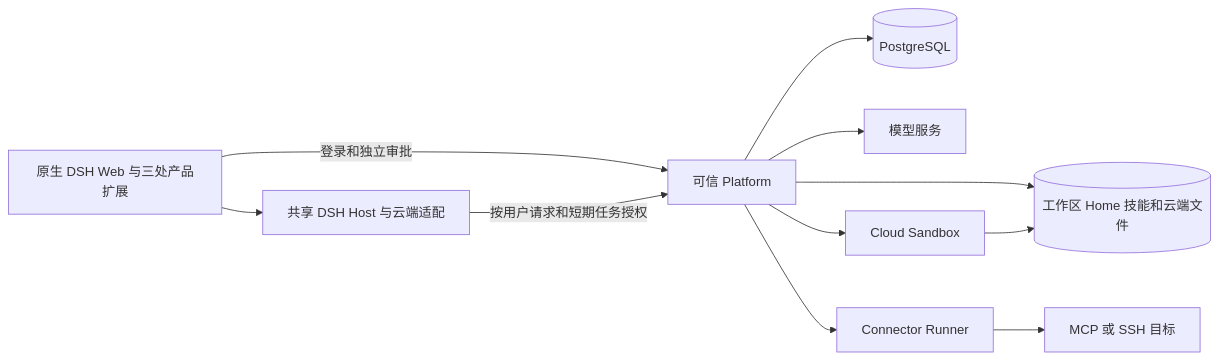
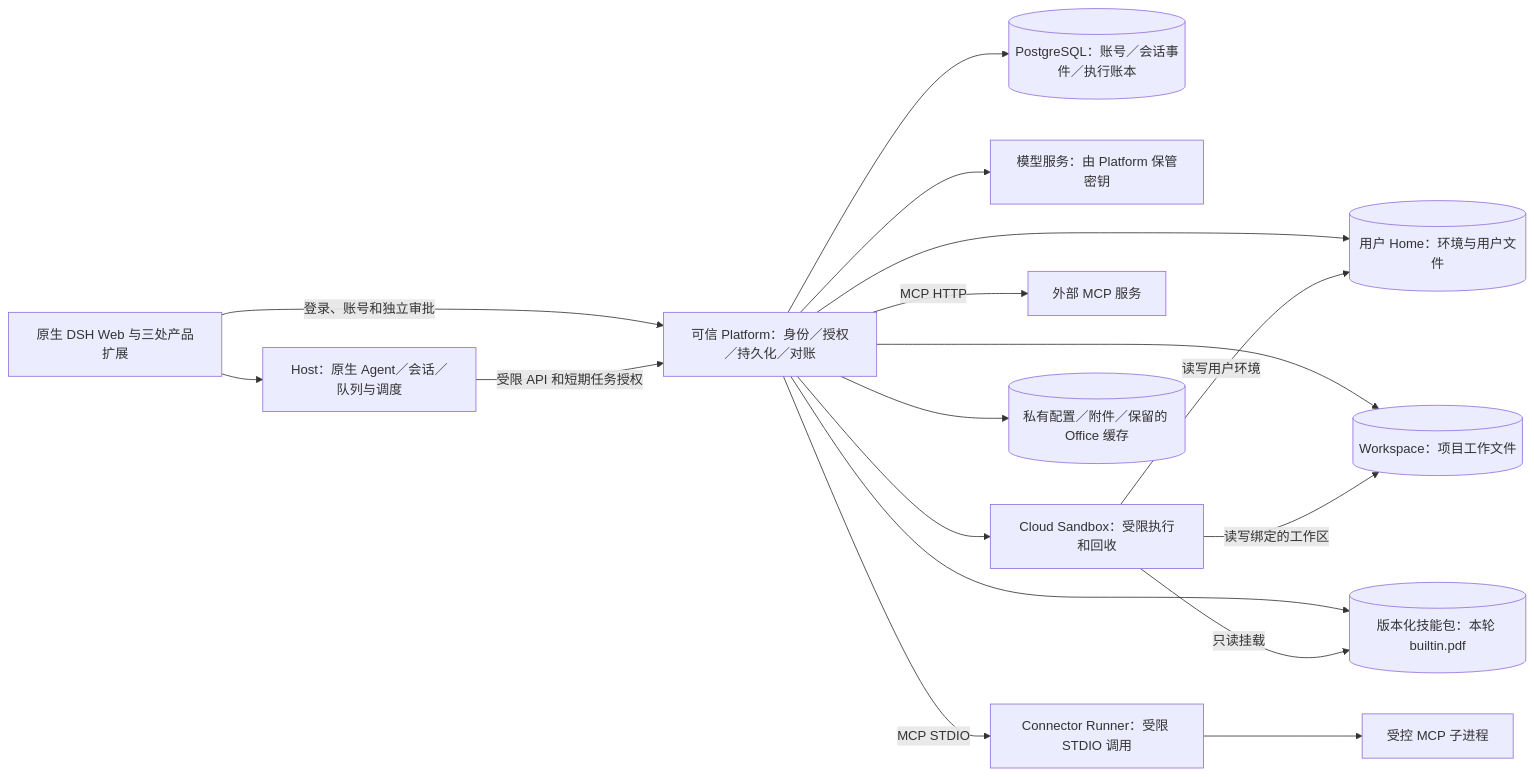
Before and after one commit to naturalnum/deepseek-harness: the diagram in products/power-evolve/CLOUD-MIGRATION-PLAN.md, drawn with Mermaid. The commit also changed other lines of this file and 2 other files, not shown here.

Commit message:
docs(power-evolve): record fixed core image and current delivery scope

````diff
--- a/products/power-evolve/CLOUD-MIGRATION-PLAN.md
+++ b/products/power-evolve/CLOUD-MIGRATION-PLAN.md
@@ -61,13 +63,19 @@
 ```mermaid
 flowchart LR
-  W[原生 DSH Web 与三处产品扩展] --> H[共享 DSH Host 与云端适配]
-  W -->|登录和独立审批| P[可信 Platform]
-  H -->|按用户请求和短期任务授权| P
-  P --> DB[(PostgreSQL)]
-  P --> FS[(工作区 Home 技能和云端文件)]
-  P --> M[模型服务]
-  P --> E[Cloud Sandbox]
-  P --> C[Connector Runner]
-  E --> FS
-  C --> R[MCP 或 SSH 目标]
+  W[原生 DSH Web 与三处产品扩展] --> H[Host：原生 Agent／会话／队列与调度]
+  W -->|登录、账号和独立审批| P[可信 Platform：身份／授权／持久化／对账]
+  H -->|受限 API 和短期任务授权| P
+  P --> DB[(PostgreSQL：账号／会话事件／执行账本)]
+  P --> M[模型服务：由 Platform 保管密钥]
+  P --> E[Cloud Sandbox：受限执行和回收]
+  P -->|MCP HTTP| R[外部 MCP 服务]
+  P -->|MCP STDIO| C[Connector Runner：受限 STDIO 调用]
+  C --> S[受控 MCP 子进程]
+  P --> HOME[(用户 Home：环境与用户文件)]
+  P --> WORK[(Workspace：项目工作文件)]
+  P --> SKILL[(版本化技能包：本轮 builtin.pdf)]
+  P --> FILE[(私有配置／附件／保留的 Office 缓存)]
+  E -->|读写用户环境| HOME
+  E -->|读写绑定的工作区| WORK
+  E -->|只读挂载| SKILL
 ```
````
